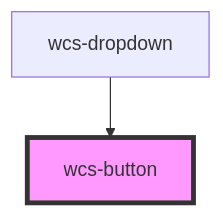
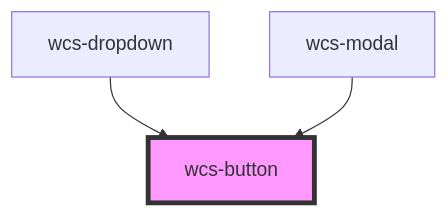
The diagram in src/components/button/readme.md (SNCFdevelopers/wcs), drawn with Mermaid before and after one commit. The commit also changed other lines of this file and 6 other files, not shown here.

````diff
--- a/src/components/button/readme.md
+++ b/src/components/button/readme.md
@@ -114,5 +115,6 @@
 ```mermaid
 graph TD;
   wcs-dropdown --> wcs-button
+  wcs-modal --> wcs-button
   style wcs-button fill:#f9f,stroke:#333,stroke-width:4px
 ```
````
